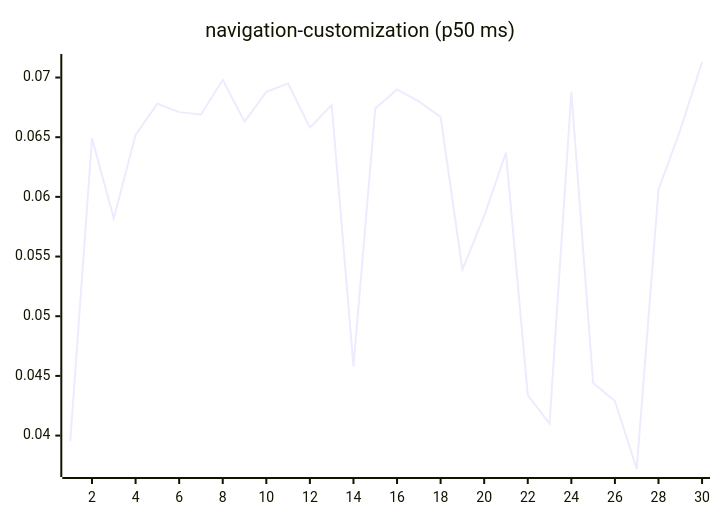
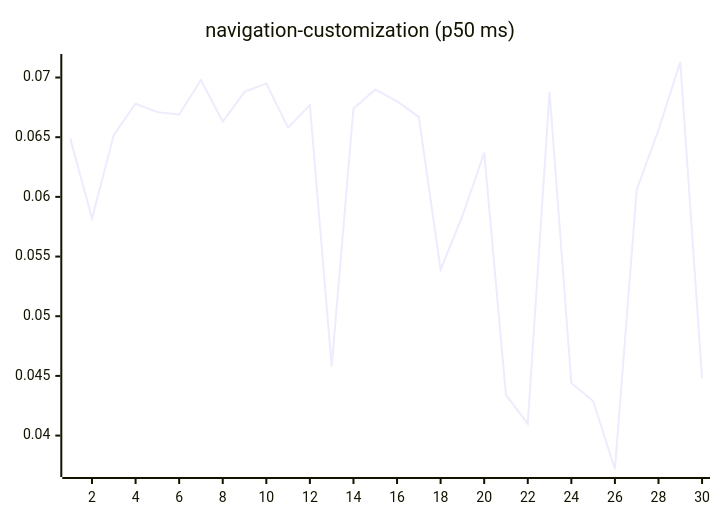
One commit to josha/Facet changed diagram 15 of 27 in README.md. Above: the diagram before and after it, drawn with Mermaid. The commit also changed other lines of this file and 2 other files, not shown here.

````diff
--- a/README.md
+++ b/README.md
@@ -161,6 +161,6 @@
 ```mermaid
 xychart-beta
     title "navigation-customization (p50 ms)"
     x-axis 1 --> 30
-    line [0.0395, 0.0649, 0.0582, 0.0652, 0.0678, 0.0671, 0.0669, 0.0698, 0.0663, 0.0688, 0.0695, 0.0658, 0.0677, 0.0458, 0.0674, 0.0690, 0.0680, 0.0667, 0.0539, 0.0584, 0.0637, 0.0434, 0.0410, 0.0688, 0.0444, 0.0429, 0.0372, 0.0606, 0.0656, 0.0713]
+    line [0.0649, 0.0582, 0.0652, 0.0678, 0.0671, 0.0669, 0.0698, 0.0663, 0.0688, 0.0695, 0.0658, 0.0677, 0.0458, 0.0674, 0.0690, 0.0680, 0.0667, 0.0539, 0.0584, 0.0637, 0.0434, 0.0410, 0.0688, 0.0444, 0.0429, 0.0372, 0.0606, 0.0656, 0.0713, 0.0448]
 ```
````
